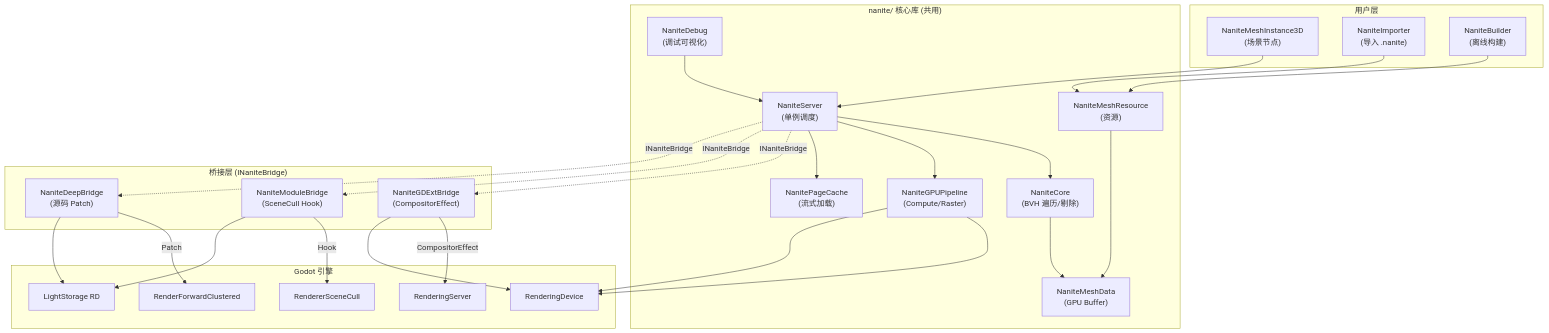
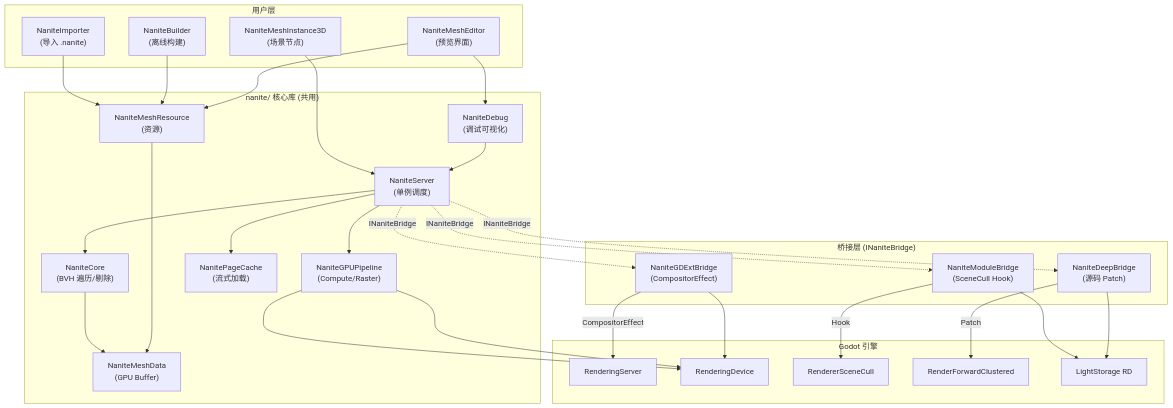
One commit to alonecat06/godot changed the first of 12 diagrams in sourcecode_analysis/nanite-overall-design.md. Above: the diagram before and after it, drawn with Mermaid. The commit also changed other lines of this file and 1 other file, not shown here.

Commit message:
feat: Godot Nanite Implementation Schemes

````diff
--- a/sourcecode_analysis/nanite-overall-design.md
+++ b/sourcecode_analysis/nanite-overall-design.md
@@ -60,57 +60,60 @@
 ```mermaid
 flowchart TB
     subgraph User["用户层"]
         MI["NaniteMeshInstance3D<br/>(场景节点)"]
         IMP["NaniteImporter<br/>(导入 .nanite)"]
         BLD["NaniteBuilder<br/>(离线构建)"]
+        ED["NaniteMeshEditor<br/>(预览界面)"]
     end
 
     subgraph Core["nanite/ 核心库 (共用)"]
         NS["NaniteServer<br/>(单例调度)"]
         NC["NaniteCore<br/>(BVH 遍历/剔除)"]
         NMR["NaniteMeshResource<br/>(资源)"]
         NMD["NaniteMeshData<br/>(GPU Buffer)"]
         GPU["NaniteGPUPipeline<br/>(Compute/Raster)"]
         PC["NanitePageCache<br/>(流式加载)"]
         DBG["NaniteDebug<br/>(调试可视化)"]
     end
 
     subgraph Bridge["桥接层 (INaniteBridge)"]
         B1["NaniteGDExtBridge<br/>(CompositorEffect)"]
         B2["NaniteModuleBridge<br/>(SceneCull Hook)"]
         B3["NaniteDeepBridge<br/>(源码 Patch)"]
     end
 
     subgraph Engine["Godot 引擎"]
         RS["RenderingServer"]
         RD["RenderingDevice"]
         RSC["RendererSceneCull"]
         RFC["RenderForwardClustered"]
         LS["LightStorage RD"]
     end
 
     MI --> NS
     IMP --> NMR
     BLD --> NMR
+    ED --> NMR
+    ED --> DBG
 
     NS --> NC
     NS --> GPU
     NS --> PC
     NC --> NMD
     NMR --> NMD
     GPU --> RD
     DBG --> NS
 
     NS -.->|INaniteBridge| B1
     NS -.->|INaniteBridge| B2
     NS -.->|INaniteBridge| B3
 
     B1 -->|CompositorEffect| RS
     B2 -->|Hook| RSC
     B3 -->|Patch| RFC
 
     GPU --> RD
     B1 --> RD
     B2 --> LS
     B3 --> LS
 ```
````
